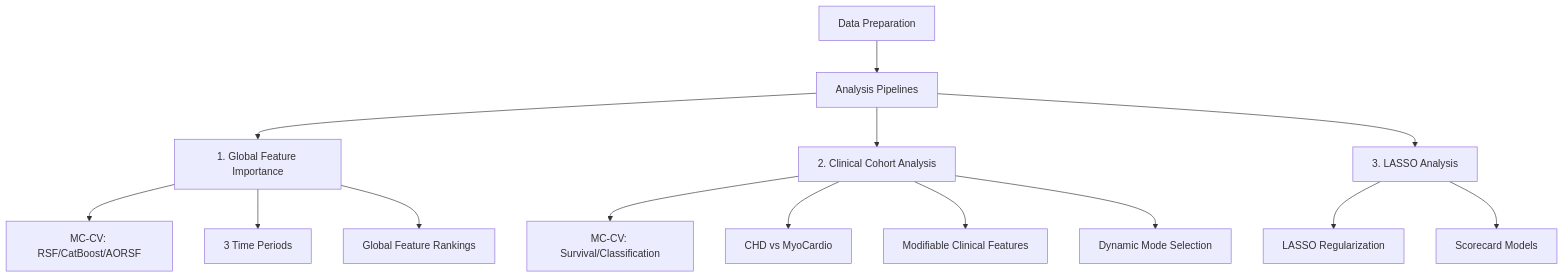
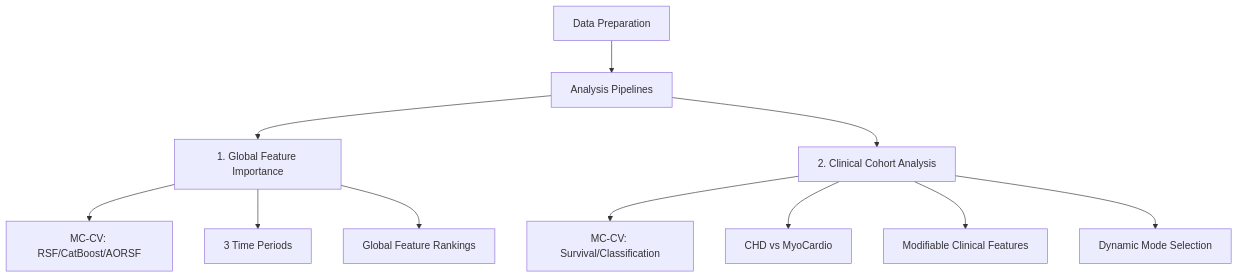
The second of 2 diagrams in README.md (Jerome3590/phts), drawn with Mermaid before and after one commit. The commit also changed other lines of this file and 2 other files, not shown here.

First line of the commit message:
Remove lasso workflow references from documentation

````diff
--- a/README.md
+++ b/README.md
@@ -51,20 +48,16 @@
 ```mermaid
 graph TB
     A[Data Preparation] --> B[Analysis Pipelines]
 
     B --> C1[1. Global Feature Importance]
     B --> C2[2. Clinical Cohort Analysis]
-    B --> C5[3. LASSO Analysis]
 
     C1 --> C1a[MC-CV: RSF/CatBoost/AORSF]
     C1 --> C1b[3 Time Periods]
     C1 --> C1c[Global Feature Rankings]
 
     C2 --> C2a[MC-CV: Survival/Classification]
     C2 --> C2b[CHD vs MyoCardio]
     C2 --> C2c[Modifiable Clinical Features]
     C2 --> C2d[Dynamic Mode Selection]
-
-    C5 --> C5a[LASSO Regularization]
-    C5 --> C5b[Scorecard Models]
 ```
````
